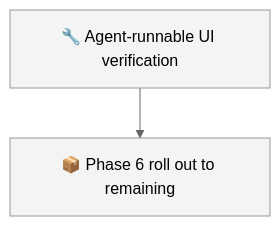
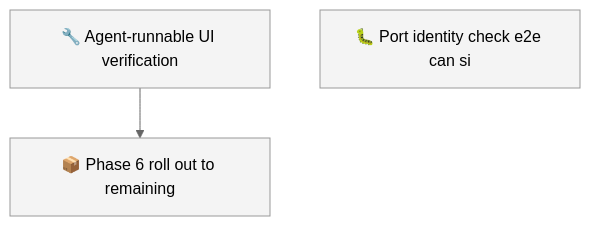
Before and after one commit to SpillwaveSolutions/forge-notes: the first of 2 diagrams in docs/roadmap.md, drawn with Mermaid (neutral theme). The commit also changed other lines of this file and 15 other files, not shown here.

````diff
--- a/docs/roadmap.md
+++ b/docs/roadmap.md
@@ -39,8 +53,9 @@
 ```mermaid
 graph TD
     01KYZ8X1X1V76HYNK8B5JYMD9W["🔧 Agent-runnable UI verification"]
     01KYZ8XMGPWDJ8KXXK23KV47NT["📦 Phase 6 roll out to remaining"]
+    01KZ2HRT1E6SEP9E9KCX687YVG["🐛 Port identity check e2e can si"]
     01KYZ8X1X1V76HYNK8B5JYMD9W --> 01KYZ8XMGPWDJ8KXXK23KV47NT
     classDef todo fill:#f4f4f4,stroke:#999999
-    class 01KYZ8X1X1V76HYNK8B5JYMD9W,01KYZ8XMGPWDJ8KXXK23KV47NT todo
+    class 01KYZ8X1X1V76HYNK8B5JYMD9W,01KYZ8XMGPWDJ8KXXK23KV47NT,01KZ2HRT1E6SEP9E9KCX687YVG todo
 ```
````
